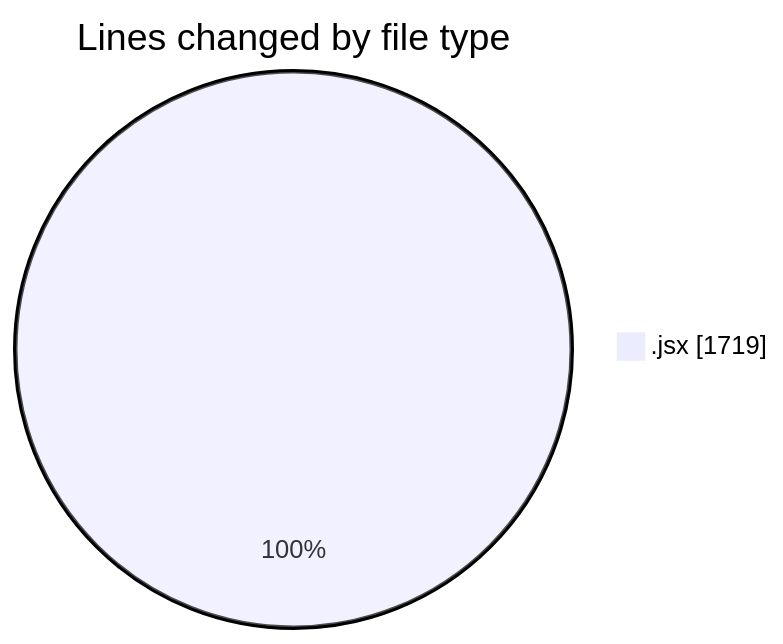
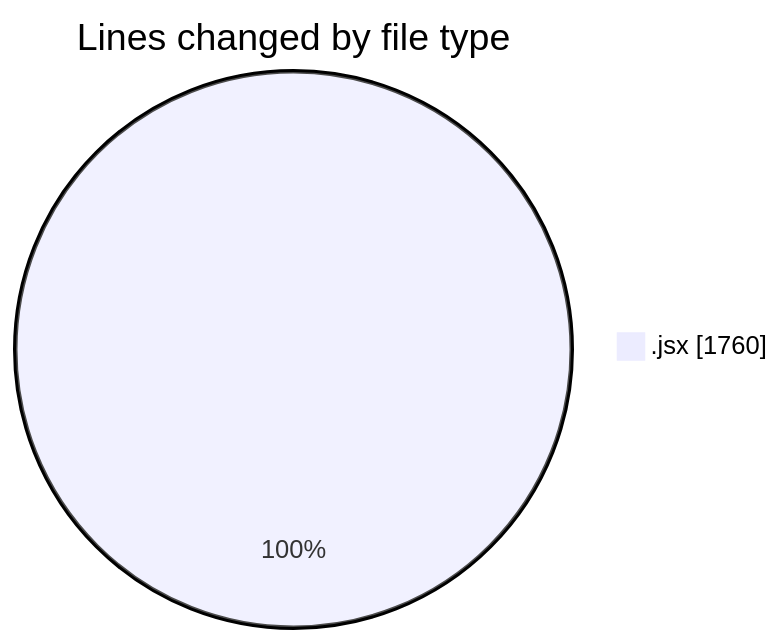
One commit to nxtqubesakshisongat/code-tracking changed the first of 2 diagrams in 2025-05-26/nxtqube_webapp/README.md. Above: the diagram before and after it, drawn with Mermaid. The commit also changed other lines of this file and 1 other file, not shown here.

````diff
--- a/2025-05-26/nxtqube_webapp/README.md
+++ b/2025-05-26/nxtqube_webapp/README.md
@@ -20,5 +20,5 @@
 ```mermaid
 pie showData
 title Lines changed by file type
-".jsx" : 1719
+".jsx" : 1760
 ```
````
